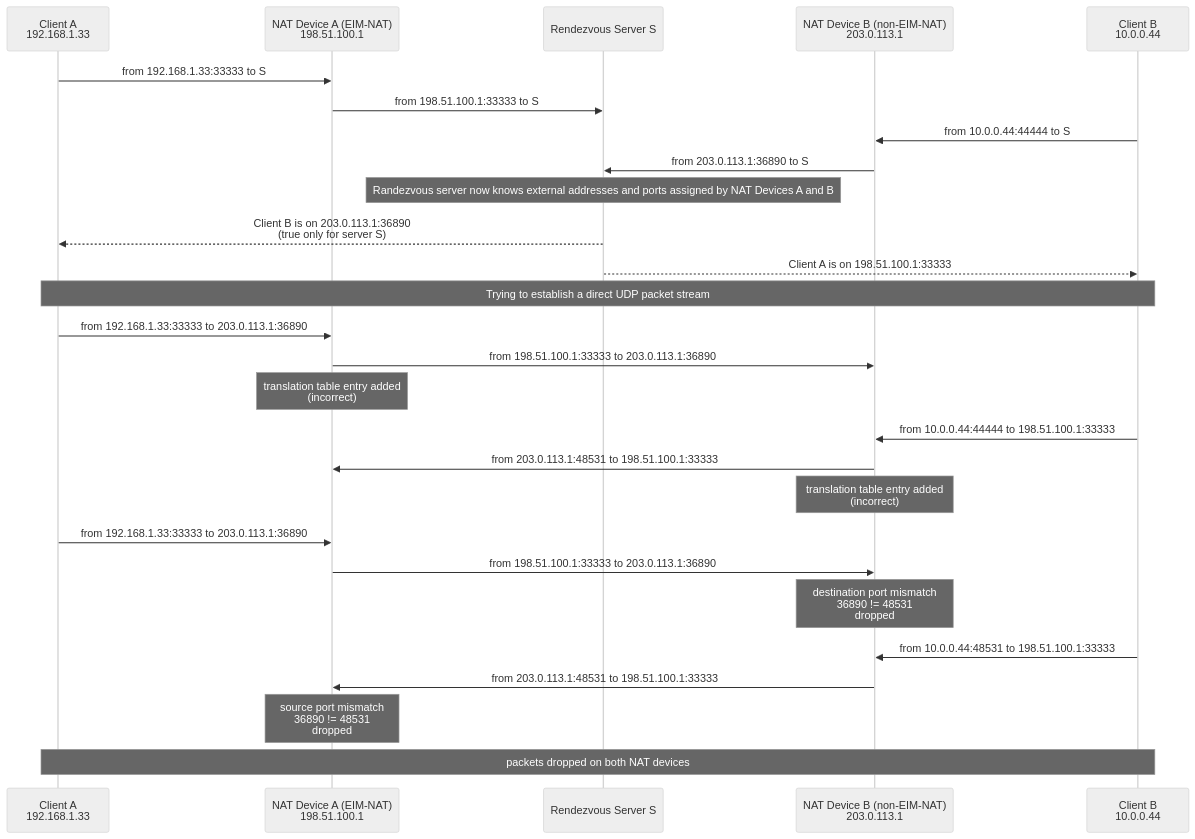
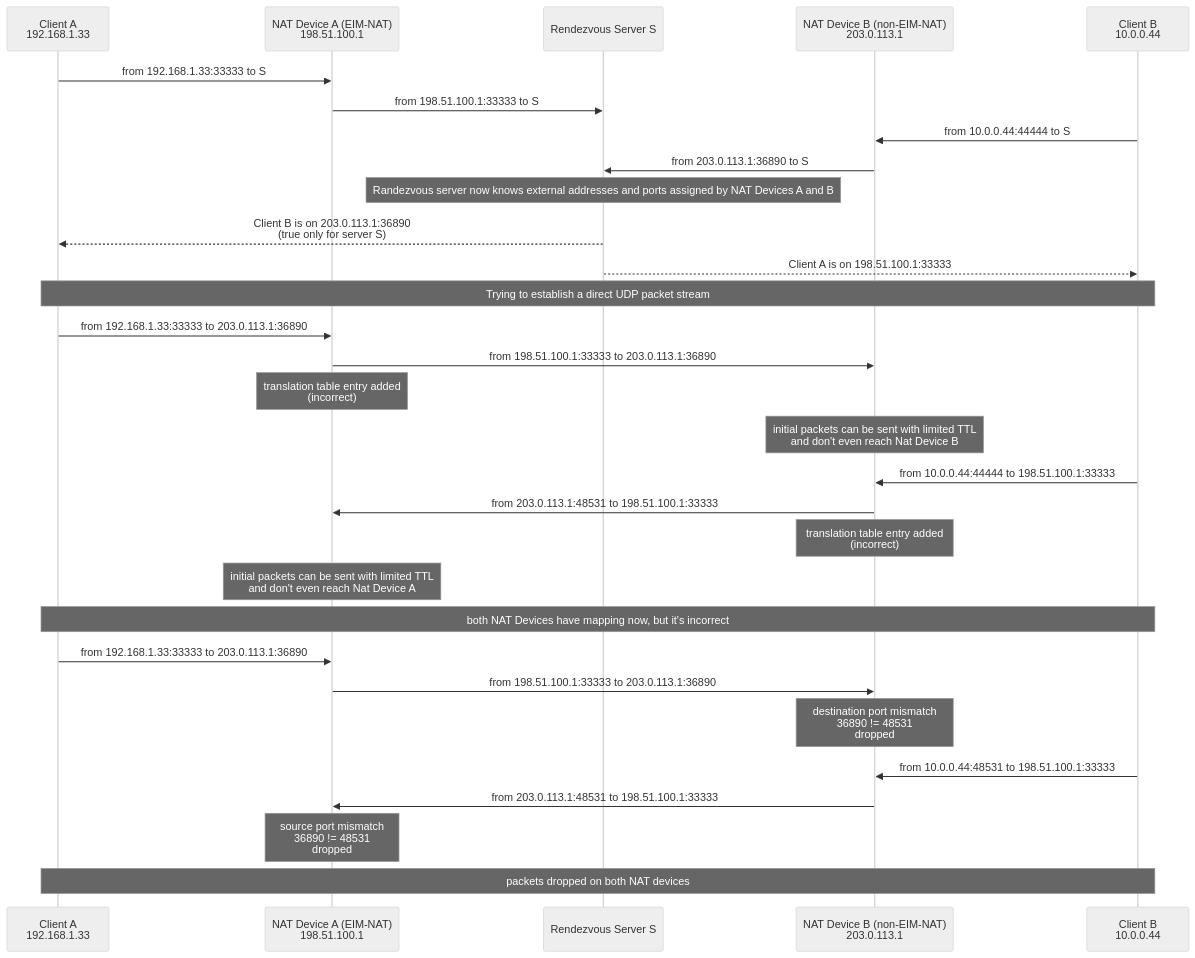
The second of 2 diagrams in TFTP-NAT-UHP.md (kupson/udp-hole-punching), drawn with Mermaid (neutral theme) before and after one commit.

Commit message:
More details

````diff
--- a/TFTP-NAT-UHP.md
+++ b/TFTP-NAT-UHP.md
@@ -70,30 +70,33 @@
 ```mermaid
 sequenceDiagram
     participant ClientA as Client A<br />192.168.1.33
     participant NatA as NAT Device A (EIM-NAT)<br />198.51.100.1
     participant S as Rendezvous Server S
     participant NatB as NAT Device B (non-EIM-NAT)<br />203.0.113.1
     participant ClientB as Client B<br />10.0.0.44
 
 ClientA ->> NatA: from 192.168.1.33:33333 to S
 NatA ->> S: from 198.51.100.1:33333 to S
 ClientB ->> NatB: from 10.0.0.44:44444 to S
 NatB ->> S: from 203.0.113.1:36890 to S
 Note over S: Randezvous server now knows external addresses and ports assigned by NAT Devices A and B
 S -->> ClientA: Client B is on 203.0.113.1:36890<br />(true only for server S)
 S -->> ClientB: Client A is on 198.51.100.1:33333
 Note over ClientA,ClientB: Trying to establish a direct UDP packet stream
 ClientA ->> NatA: from 192.168.1.33:33333 to 203.0.113.1:36890
 NatA ->> NatB: from 198.51.100.1:33333 to 203.0.113.1:36890
 Note over NatA: translation table entry added<br />(incorrect)
+Note over NatB: initial packets can be sent with limited TTL<br /> and don't even reach Nat Device B
 ClientB ->> NatB: from 10.0.0.44:44444 to 198.51.100.1:33333
 NatB ->> NatA: from 203.0.113.1:48531 to 198.51.100.1:33333
 Note over NatB: translation table entry added<br />(incorrect)
+Note over NatA: initial packets can be sent with limited TTL<br /> and don't even reach Nat Device A
+Note over ClientA,ClientB: both NAT Devices have mapping now, but it's incorrect
 ClientA ->> NatA: from 192.168.1.33:33333 to 203.0.113.1:36890
 NatA ->> NatB: from 198.51.100.1:33333 to 203.0.113.1:36890
 Note over NatB: destination port mismatch<br />36890 != 48531<br />dropped
 ClientB ->> NatB: from 10.0.0.44:48531 to 198.51.100.1:33333
 NatB ->> NatA: from 203.0.113.1:48531 to 198.51.100.1:33333
 Note over NatA: source port mismatch<br />36890 != 48531<br />dropped
 Note over ClientA,ClientB: packets dropped on both NAT devices
 ```
````
